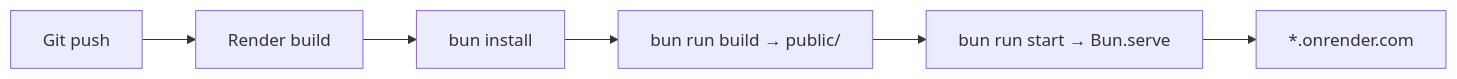
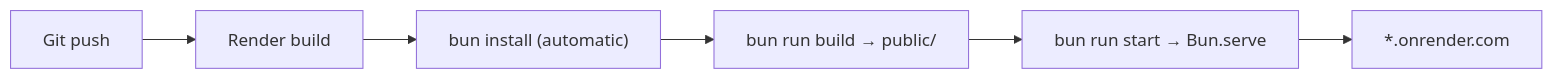
One commit to EthanOK/ethan-dapp-server changed the seventh of 7 diagrams in develop/architecture.md. Above: the diagram before and after it, drawn with Mermaid. The commit also changed other lines of this file and 3 other files, not shown here.

````diff
--- a/develop/architecture.md
+++ b/develop/architecture.md
@@ -239,8 +280,8 @@
 ```mermaid
 flowchart LR
   Git[Git push] --> Render[Render build]
-  Render --> Install["bun install"]
+  Render --> Install["bun install (automatic)"]
   Install --> Build["bun run build → public/"]
   Build --> Start["bun run start → Bun.serve"]
   Start --> Live["*.onrender.com"]
 ```
````
